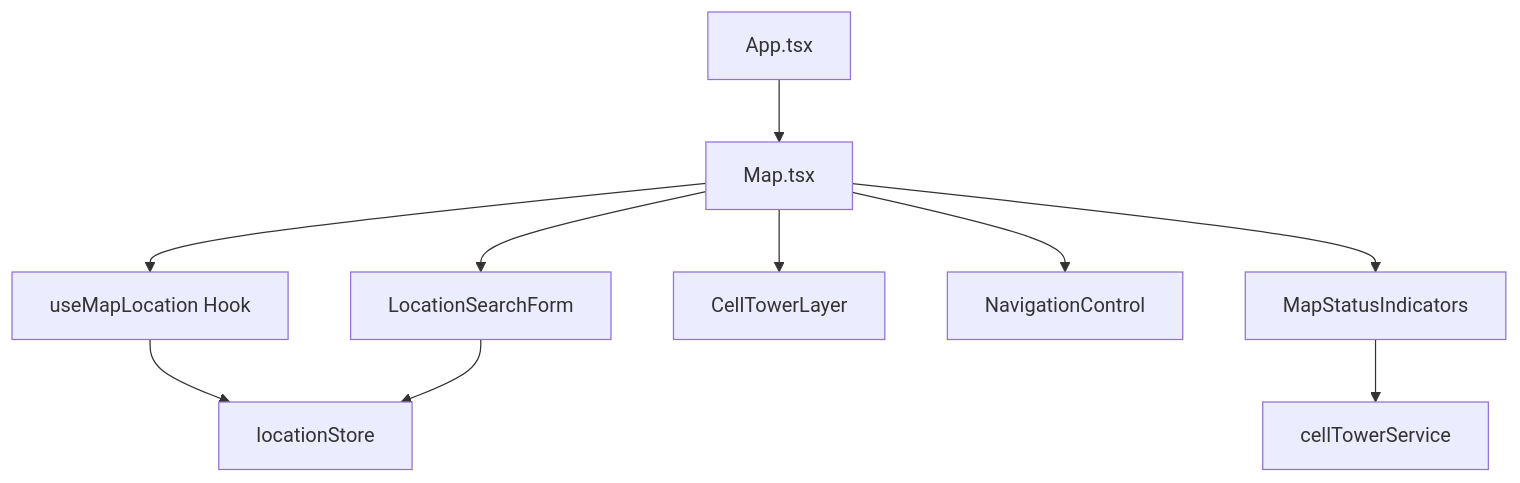
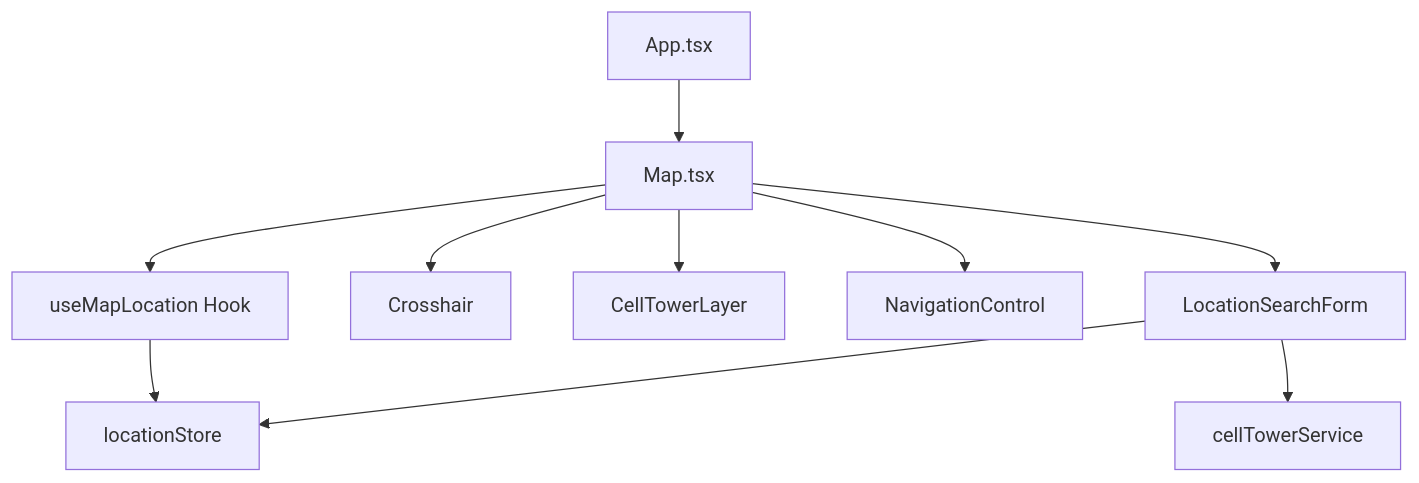
The first of 3 diagrams in maplibre-gl-experiment/README.md (cebartling/react-experiments), drawn with Mermaid before and after one commit. The commit also changed other lines of this file and 1 other file, not shown here.

Commit message:
docs: updating for drag-to-reposition with visual crosshair feedback feature

````diff
--- a/maplibre-gl-experiment/README.md
+++ b/maplibre-gl-experiment/README.md
@@ -62,12 +63,12 @@
 ```mermaid
 graph TD
     A[App.tsx] --> B[Map.tsx]
     B --> C[LocationSearchForm]
-    B --> D[MapStatusIndicators]
+    B --> D[Crosshair]
     B --> E[CellTowerLayer]
     B --> F[NavigationControl]
     B --> G[useMapLocation Hook]
     G --> H[locationStore]
     C --> H
-    D --> I[cellTowerService]
+    C --> I[cellTowerService]
 ```
````
